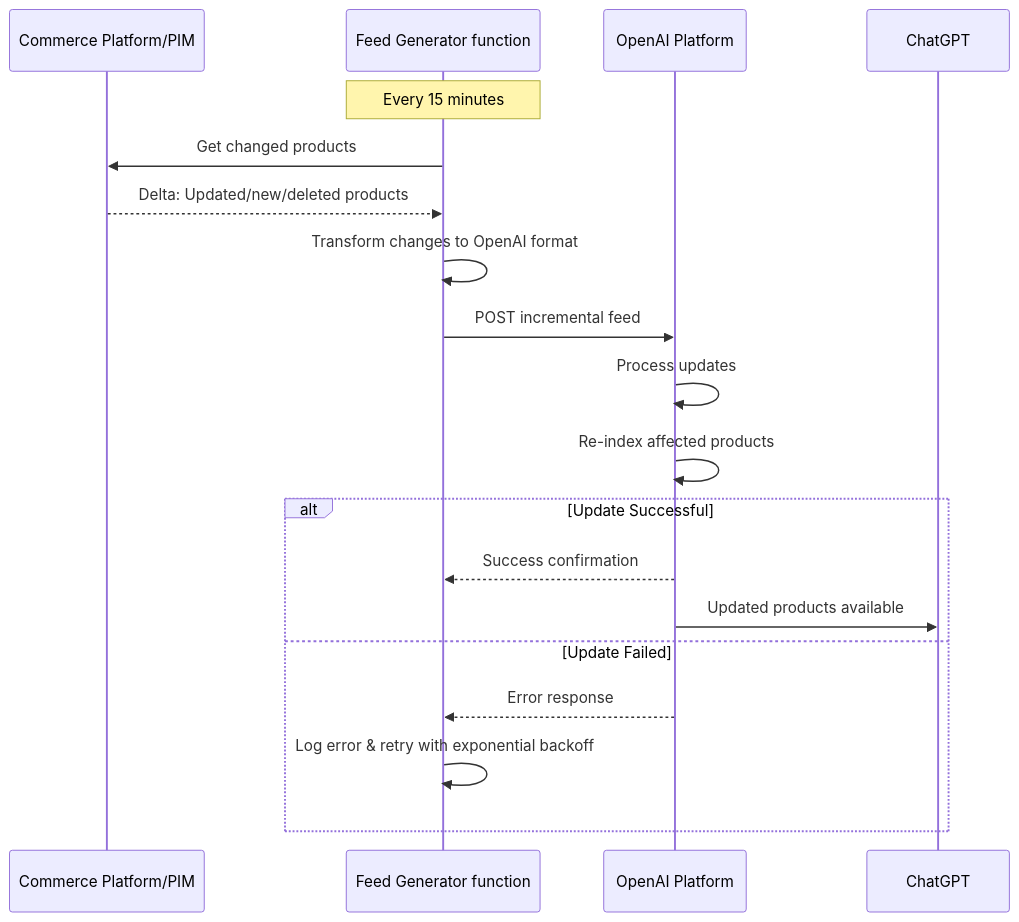
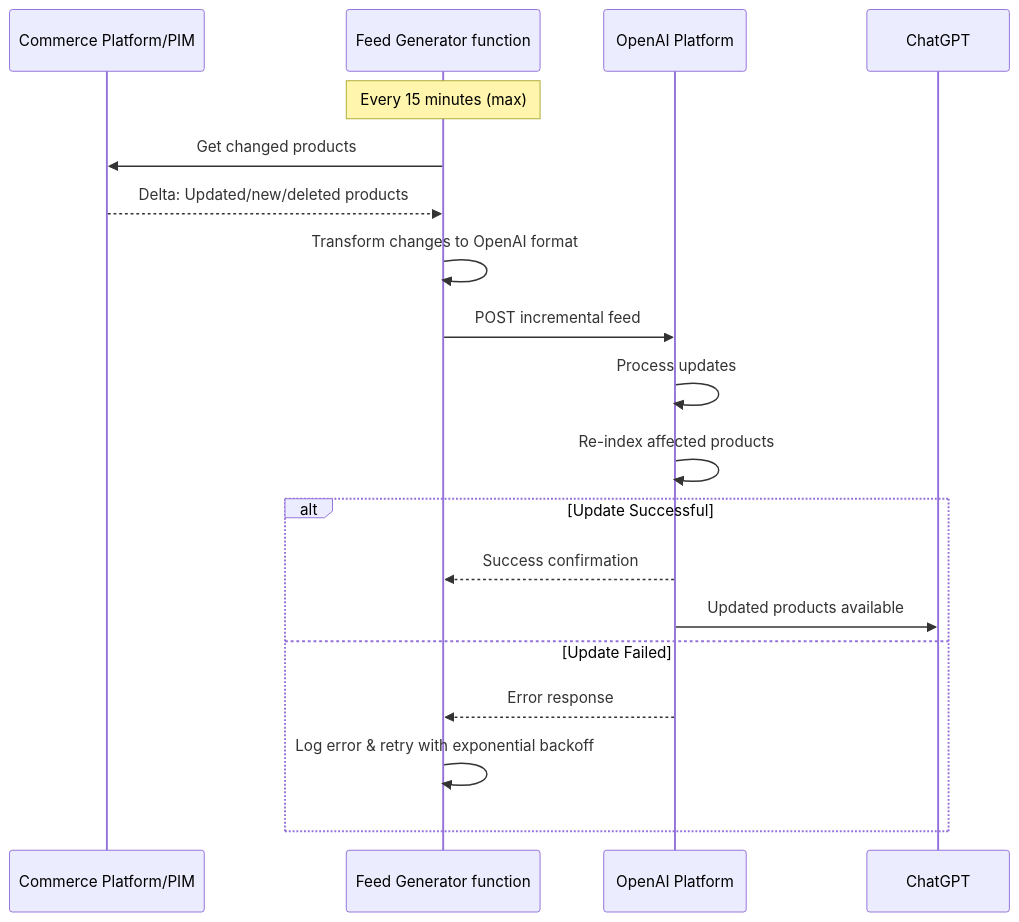
The diagram in models/recipes/openai-product-feed.md (machalliance/standards), drawn with Mermaid before and after one commit. The commit also changed other lines of this file and 1 other file, not shown here.

Commit message:
Minor fixes

````diff
--- a/models/recipes/openai-product-feed.md
+++ b/models/recipes/openai-product-feed.md
@@ -160,26 +160,26 @@
 ```mermaid
 sequenceDiagram
     participant CP as Commerce Platform/PIM
     participant FG as Feed Generator function
     participant OAI as OpenAI Platform
     participant GPT as ChatGPT
 
-    Note over FG: Every 15 minutes
+    Note over FG: Every 15 minutes (max)
 
     FG->>CP: Get changed products
     CP-->>FG: Delta: Updated/new/deleted products
     
     FG->>FG: Transform changes to OpenAI format
     
     FG->>OAI: POST incremental feed
     OAI->>OAI: Process updates
     OAI->>OAI: Re-index affected products
     
     alt Update Successful
         OAI-->>FG: Success confirmation
         OAI->>GPT: Updated products available
     else Update Failed
         OAI-->>FG: Error response
         FG->>FG: Log error & retry with exponential backoff
     end
 ```
````
